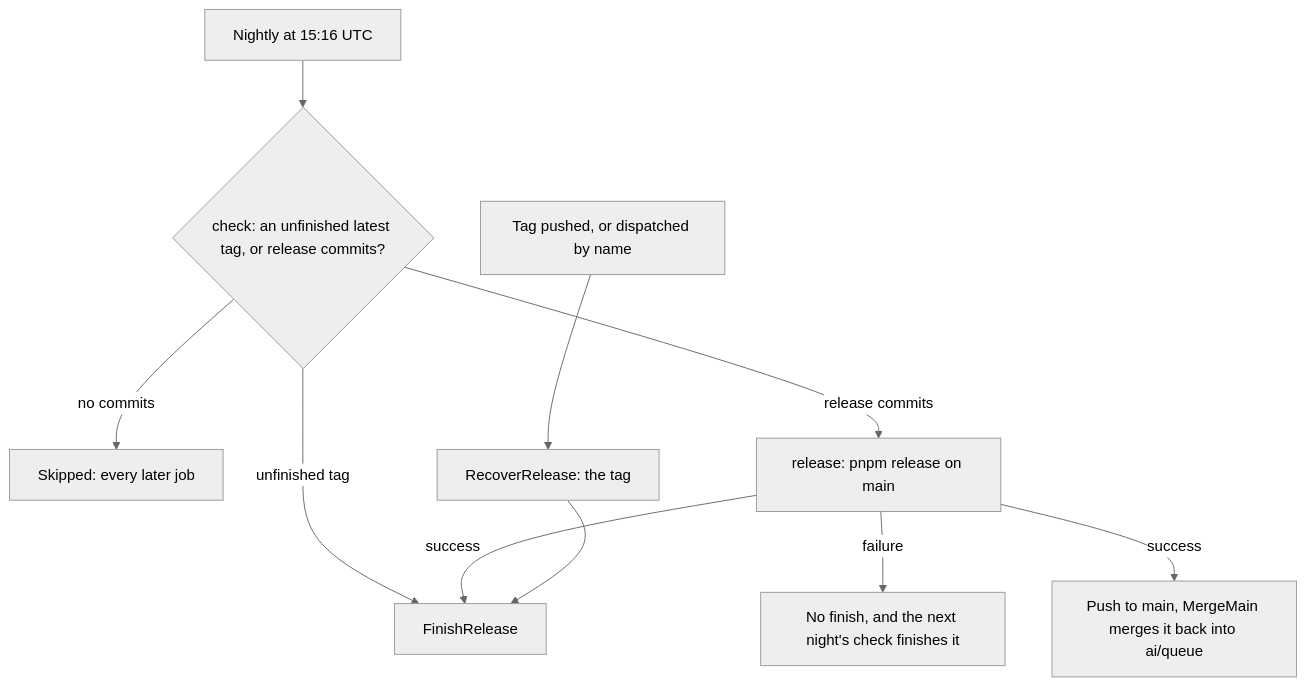
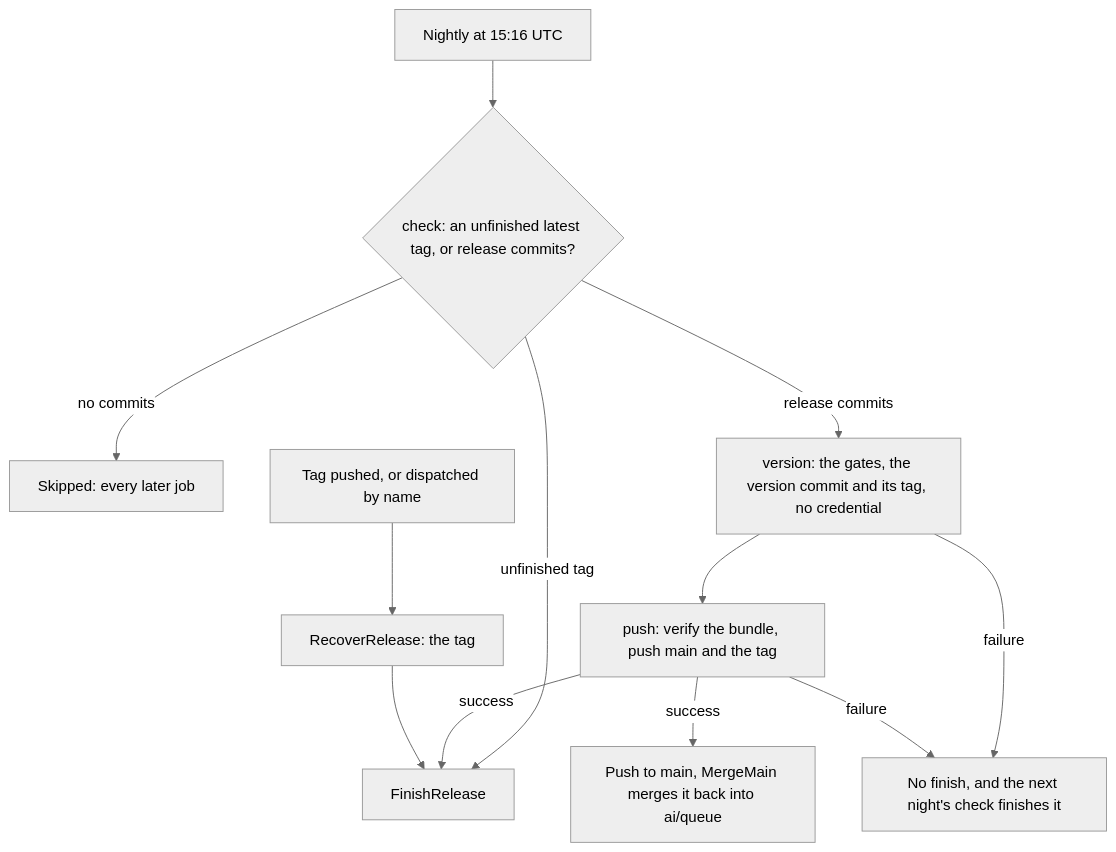
Before and after one commit to Esposter/Esposter: the diagram in openspec/specs/architecture/release-flow/design.md, drawn with Mermaid (neutral theme). The commit also changed other lines of this file and 8 other files, not shown here.

First line of the commit message:
fix(release): the version commit is pushed by a job that runs no repository code, so the push token never meets a checkout

````diff
--- a/openspec/specs/architecture/release-flow/design.md
+++ b/openspec/specs/architecture/release-flow/design.md
@@ -7,13 +7,15 @@
 ```mermaid
 flowchart TD
   Night[Nightly at 15:16 UTC] --> Check{check: an unfinished latest tag, or release commits?}
   Check -- unfinished tag --> Finish
   Check -- no commits --> Skip[Skipped: every later job]
-  Check -- release commits --> Release[release: pnpm release on main]
-  Release -- failure --> Held[No finish, and the next night's check finishes it]
-  Release -- success --> Main[Push to main, MergeMain merges it back into ai/queue]
-  Release -- success --> Finish
+  Check -- release commits --> Version[version: the gates, the version commit and its tag, no credential]
+  Version --> PushMain[push: verify the bundle, push main and the tag]
+  Version -- failure --> Held[No finish, and the next night's check finishes it]
+  PushMain -- failure --> Held
+  PushMain -- success --> Main[Push to main, MergeMain merges it back into ai/queue]
+  PushMain -- success --> Finish
   Push[Tag pushed, or dispatched by name] --> Recover[RecoverRelease: the tag]
   Recover --> Finish
   Finish[FinishRelease]
 ```
````
